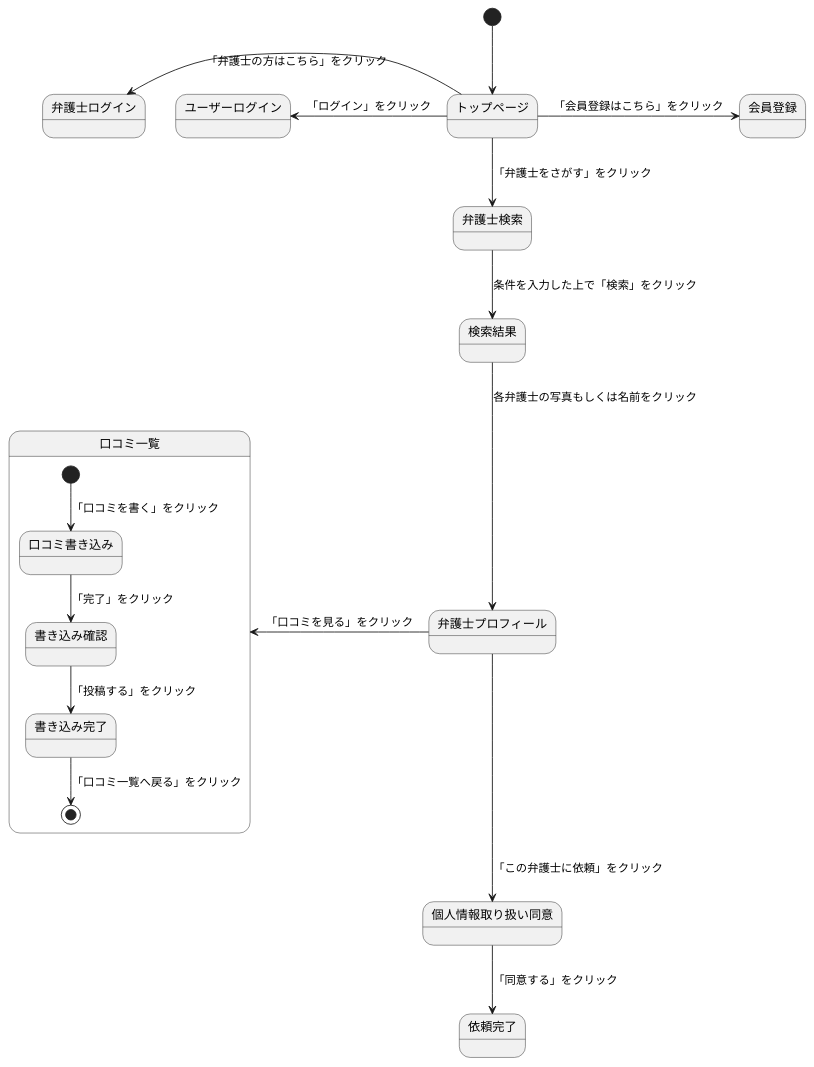
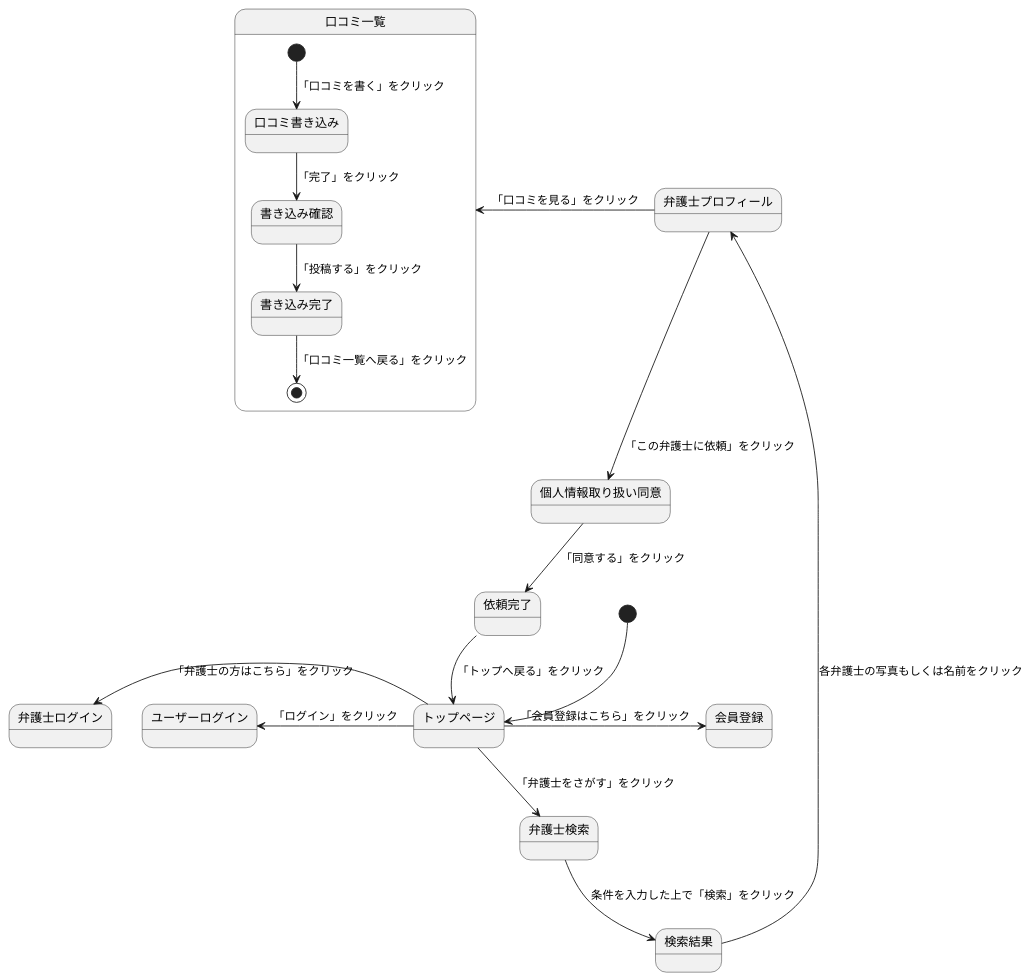
The diagram in 0524kadai.md (Aso2001374/2021sys-design), drawn with PlantUML before and after one commit.

````diff
--- a/0524kadai.md
+++ b/0524kadai.md
@@ -1,21 +1,23 @@
 ```uml
 @startuml
 [*] --> トップページ
 トップページ -> 会員登録:「会員登録はこちら」をクリック
 トップページ -left-> ユーザーログイン:「ログイン」をクリック
 トップページ -left-> 弁護士ログイン:「弁護士の方はこちら」をクリック
 トップページ --> 弁護士検索:「弁護士をさがす」をクリック
 弁護士検索 --> 検索結果: 条件を入力した上で「検索」をクリック
 検索結果 -down-> 弁護士プロフィール: 各弁護士の写真もしくは名前をクリック
 弁護士プロフィール -left-> 口コミ一覧:「口コミを見る」をクリック
 弁護士プロフィール --> 個人情報取り扱い同意:「この弁護士に依頼」をクリック
 個人情報取り扱い同意-->依頼完了:「同意する」をクリック
+依頼完了-->トップページ:「トップへ戻る」をクリック
+
 state 口コミ一覧{
 [*] --> 口コミ書き込み:「口コミを書く」をクリック
 口コミ書き込み --> 書き込み確認:「完了」をクリック
 書き込み確認 --> 書き込み完了:「投稿する」をクリック
 書き込み完了 --> [*]:「口コミ一覧へ戻る」をクリック
 }
 
 @enduml
 ```
````
